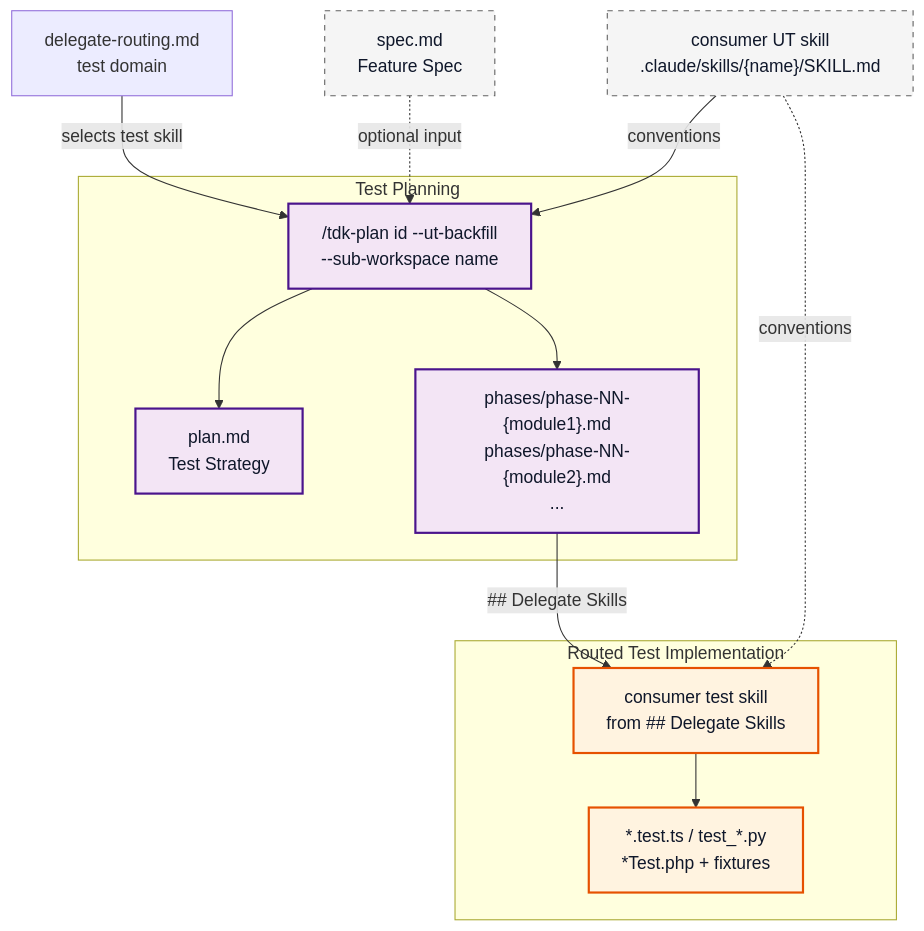
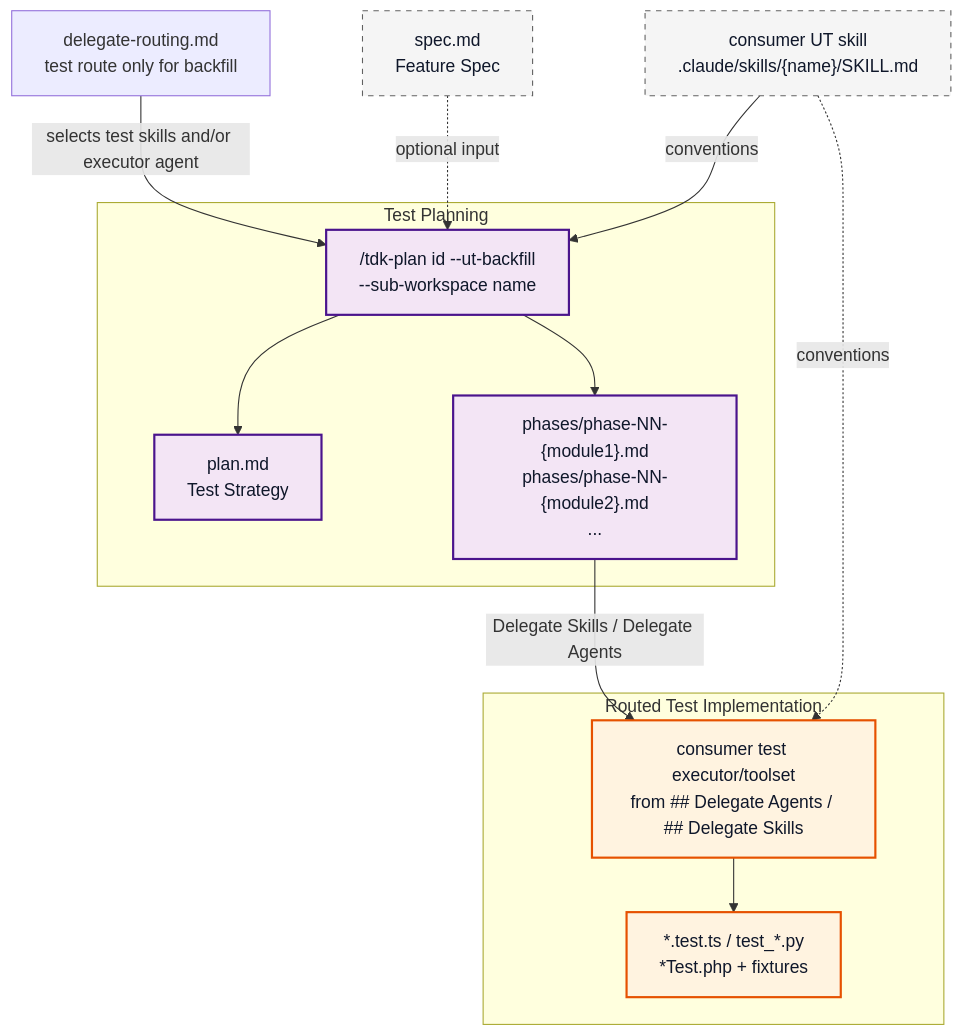
One commit to vinhltt/tdk changed the fifth of 8 diagrams in .specify/docs/en/guides/workflow-map.md. Above: the diagram before and after it, drawn with Mermaid. The commit also changed other lines of this file and 56 other files, not shown here.

````diff
--- a/.specify/docs/en/guides/workflow-map.md
+++ b/.specify/docs/en/guides/workflow-map.md
@@ -234,36 +234,36 @@
 ```mermaid
 flowchart TD
     SPEC_UT[spec.md<br/>Feature Spec]
     UT_SKILL["consumer UT skill<br/>.claude/skills/{name}/SKILL.md"]
 
     subgraph PLANNING_UT["Test Planning"]
         UT_PLAN_CMD["/tdk-plan id --ut-backfill<br/>--sub-workspace name"]
         UT_PLAN["plan.md<br/>Test Strategy"]
         UT_PHASES["phases/phase-NN-{module1}.md<br/>phases/phase-NN-{module2}.md<br/>..."]
     end
 
     subgraph GENERATION_UT["Routed Test Implementation"]
-        UT_GEN["consumer test skill<br/>from ## Delegate Skills"]
+        UT_GEN["consumer test executor/toolset<br/>from ## Delegate Agents / ## Delegate Skills"]
         TEST_FILES["*.test.ts / test_*.py<br/>*Test.php + fixtures"]
     end
 
-    ROUTING["delegate-routing.md<br/>test domain"]
+    ROUTING["delegate-routing.md<br/>test route only for backfill"]
 
-    ROUTING -->|selects test skill| UT_PLAN_CMD
+    ROUTING -->|selects test skills and/or executor agent| UT_PLAN_CMD
     UT_SKILL -->|conventions| UT_PLAN_CMD
     UT_PLAN_CMD --> UT_PLAN
     UT_PLAN_CMD --> UT_PHASES
-    UT_PHASES -->|## Delegate Skills| UT_GEN
+    UT_PHASES -->|"Delegate Skills / Delegate Agents"| UT_GEN
     UT_SKILL -.->|conventions| UT_GEN
     UT_GEN --> TEST_FILES
     SPEC_UT -.->|optional input| UT_PLAN_CMD
 
     classDef planning fill:#f3e5f5,stroke:#4a148c,stroke-width:2px,color:#0f172a
     classDef generation fill:#fff3e0,stroke:#e65100,stroke-width:2px,color:#0f172a
     classDef orchestrator fill:#e1f5ff,stroke:#01579b,stroke-width:2px,color:#0f172a
     classDef reference fill:#f5f5f5,stroke:#616161,stroke-width:1px,stroke-dasharray: 5 5,color:#0f172a
 
     class UT_PLAN_CMD,UT_PLAN,UT_PHASES planning
     class UT_GEN,TEST_FILES generation
     class SPEC_UT,UT_SKILL reference
 ```
````
